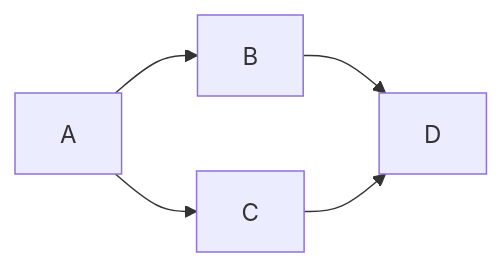
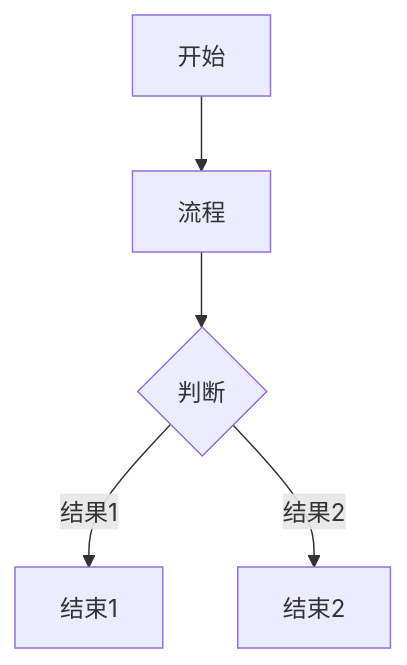
The diagram in README.md (CrossDark/CrossDown), drawn with Mermaid before and after one commit. The commit also changed 2 other files, not shown here.

Commit message:
1.7.1 强调好了

````diff
--- a/README.md
+++ b/README.md
@@ -136,7 +136,7 @@
 ```mermaid
-graph LR
-    A-->B
-    A-->C
-    B-->D
-    C-->D
+graph TD  
+    A[开始]-->B[流程]  
+    B-->C{判断}  
+    C-->|结果1|D[结束1]  
+    C-->|结果2|E[结束2]
 ```
````
